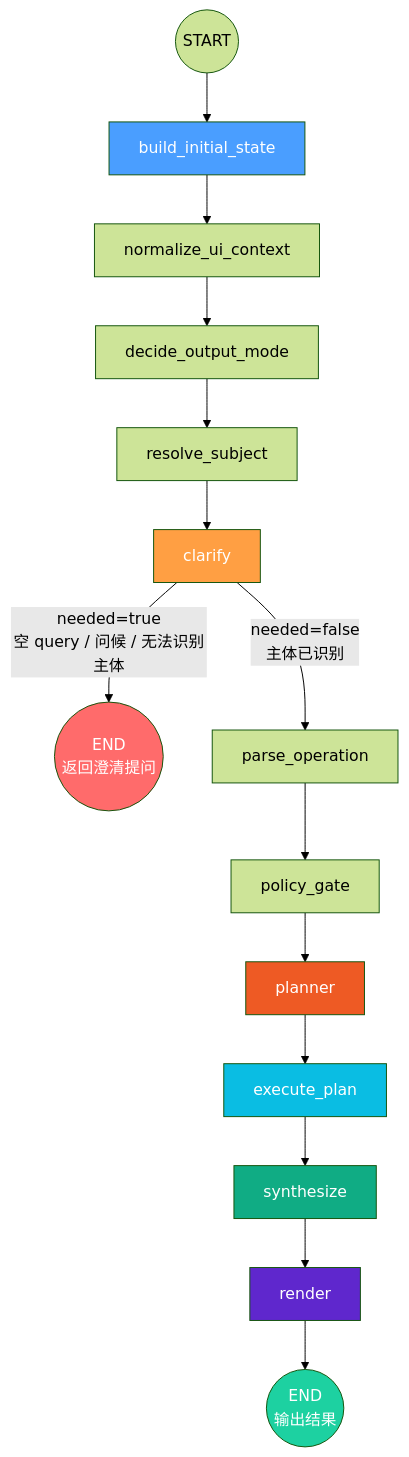
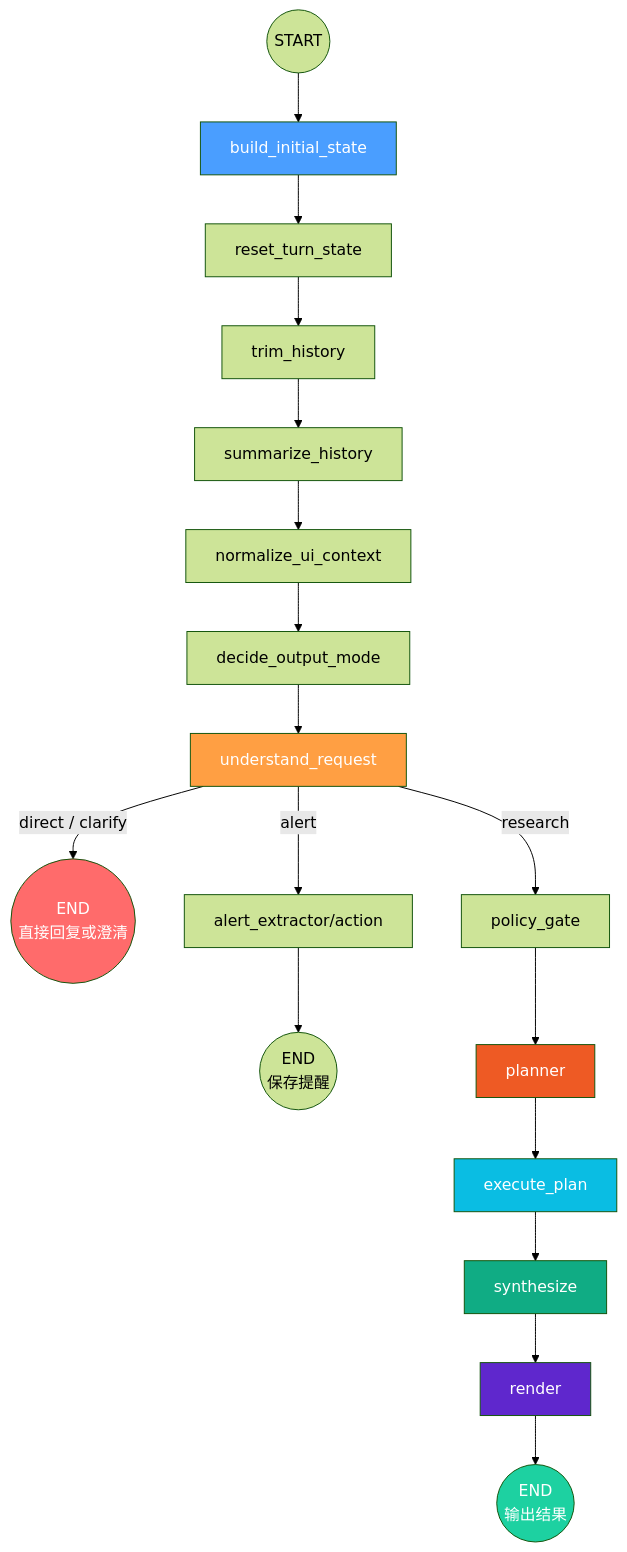
One commit to kkkano/FinSight changed the second of 23 diagrams in docs/LANGGRAPH_PIPELINE_DEEP_DIVE.md. Above: the diagram before and after it, drawn with Mermaid (forest theme). The commit also changed other lines of this file and 14 other files, not shown here.

````diff
--- a/docs/LANGGRAPH_PIPELINE_DEEP_DIVE.md
+++ b/docs/LANGGRAPH_PIPELINE_DEEP_DIVE.md
@@ -100,27 +104,29 @@
 ```mermaid
 flowchart TD
     START((START)) --> A[build_initial_state]
-    A --> B[normalize_ui_context]
+    A --> R[reset_turn_state]
+    R --> T[trim_history]
+    T --> S[summarize_history]
+    S --> B[normalize_ui_context]
     B --> C[decide_output_mode]
-    C --> D[resolve_subject]
-    D --> E[clarify]
+    C --> U[understand_request]
 
-    E -->|"needed=true<br/>空 query / 问候 / 无法识别主体"| END_CLARIFY((END<br/>返回澄清提问))
-    E -->|"needed=false<br/>主体已识别"| F[parse_operation]
-
-    F --> G[policy_gate]
+    U -->|"direct / clarify"| END_CLARIFY((END<br/>直接回复或澄清))
+    U -->|"alert"| AL[alert_extractor/action]
+    AL --> END_ALERT((END<br/>保存提醒))
+    U -->|"research"| G[policy_gate]
     G --> H[planner]
     H --> I[execute_plan]
     I --> J[synthesize]
     J --> K[render]
     K --> END_RESULT((END<br/>输出结果))
 
     style A fill:#4a9eff,color:#fff
-    style E fill:#ff9f43,color:#fff
+    style U fill:#ff9f43,color:#fff
     style H fill:#ee5a24,color:#fff
     style I fill:#0abde3,color:#fff
     style J fill:#10ac84,color:#fff
     style K fill:#5f27cd,color:#fff
     style END_CLARIFY fill:#ff6b6b,color:#fff
     style END_RESULT fill:#1dd1a1,color:#fff
 ```
````
